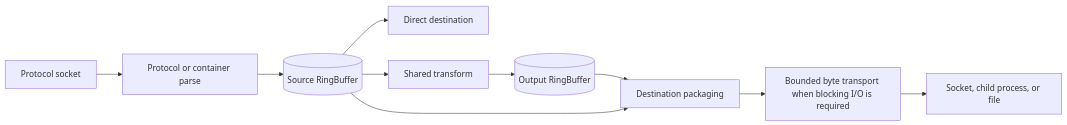
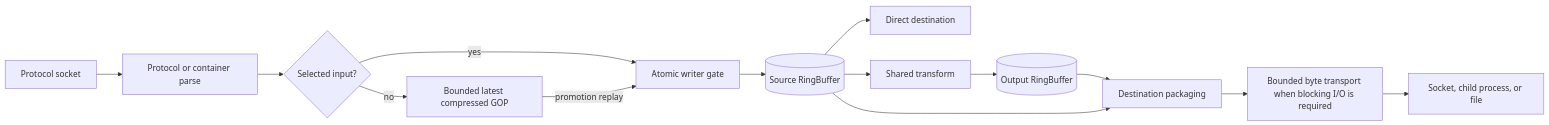
Before and after one commit to krsna1729/restream: the diagram in docs/high-performance-data-path.md, drawn with Mermaid. The commit also changed other lines of this file and 18 other files, not shown here.

````diff
--- a/docs/high-performance-data-path.md
+++ b/docs/high-performance-data-path.md
@@ -20,12 +20,16 @@
 ```mermaid
 flowchart LR
     Socket["Protocol socket"] --> Parse["Protocol or container parse"]
-    Parse --> Source[("Source RingBuffer")]
+    Parse --> Choice{"Selected input?"}
+    Choice -->|"yes"| Gate["Atomic writer gate"]
+    Choice -->|"no"| Cache["Bounded latest compressed GOP"]
+    Cache -->|"promotion replay"| Gate
+    Gate --> Source[("Source RingBuffer")]
     Source --> Direct["Direct destination"]
     Source --> Stage["Shared transform"]
     Stage --> Output[("Output RingBuffer")]
     Output --> Package["Destination packaging"]
     Source --> Package
     Package --> Queue["Bounded byte transport when blocking I/O is required"]
     Queue --> Sink["Socket, child process, or file"]
 ```
````
